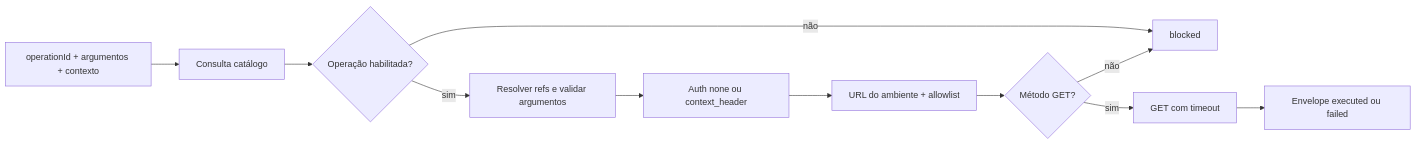
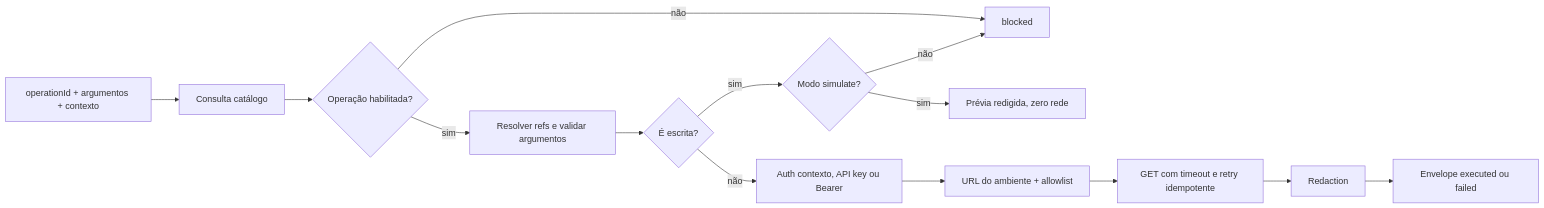
One commit to ChristianGandra21/indusguard changed the third of 3 diagrams in docs/GUIA_COMPLETO.md. Above: the diagram before and after it, drawn with Mermaid. The commit also changed other lines of this file and 10 other files, not shown here.

````diff
--- a/docs/GUIA_COMPLETO.md
+++ b/docs/GUIA_COMPLETO.md
@@ -1551,13 +1560,16 @@
 ```mermaid
 flowchart LR
     I[operationId + argumentos + contexto] --> C[Consulta catálogo]
     C --> P{Operação habilitada?}
     P -- não --> B[blocked]
     P -- sim --> J[Resolver refs e validar argumentos]
-    J --> A[Auth none ou context_header]
+    J --> W{É escrita?}
+    W -- sim --> S{Modo simulate?}
+    S -- sim --> V[Prévia redigida, zero rede]
+    S -- não --> B
+    W -- não --> A[Auth contexto, API key ou Bearer]
     A --> U[URL do ambiente + allowlist]
-    U --> G{Método GET?}
-    G -- não --> B
-    G -- sim --> H[GET com timeout]
-    H --> R[Envelope executed ou failed]
+    U --> H[GET com timeout e retry idempotente]
+    H --> D[Redaction]
+    D --> R[Envelope executed ou failed]
 ```
````
